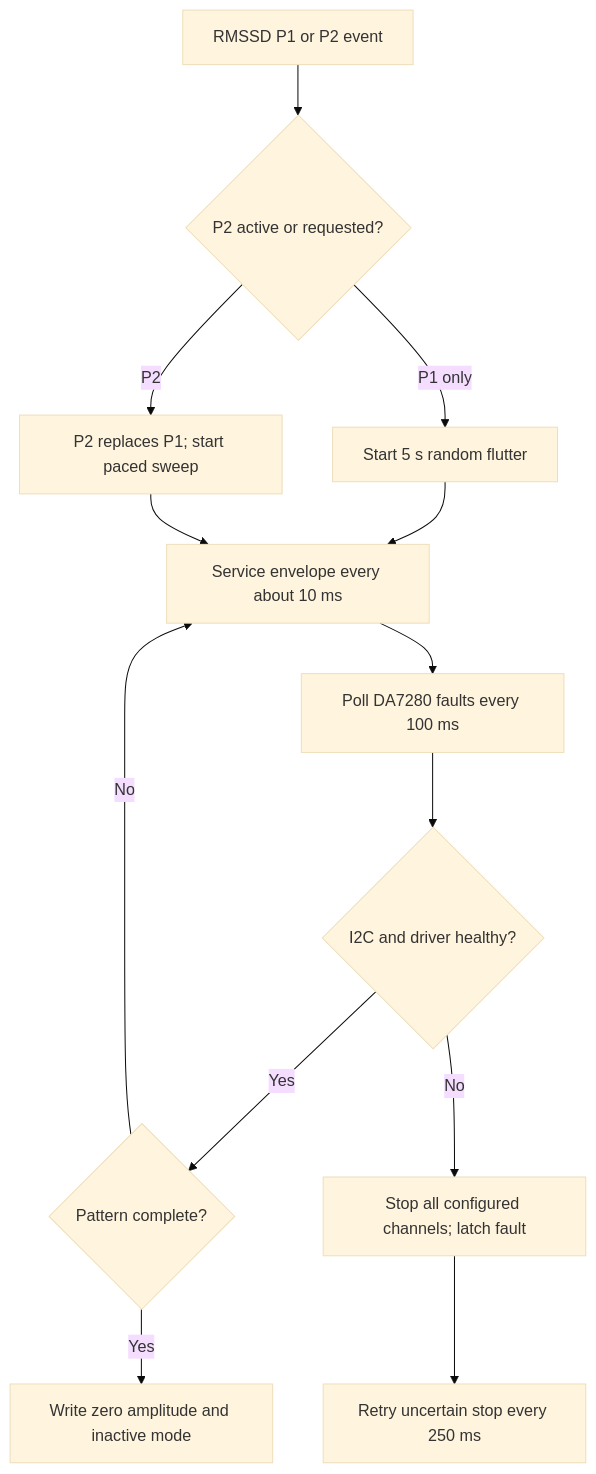
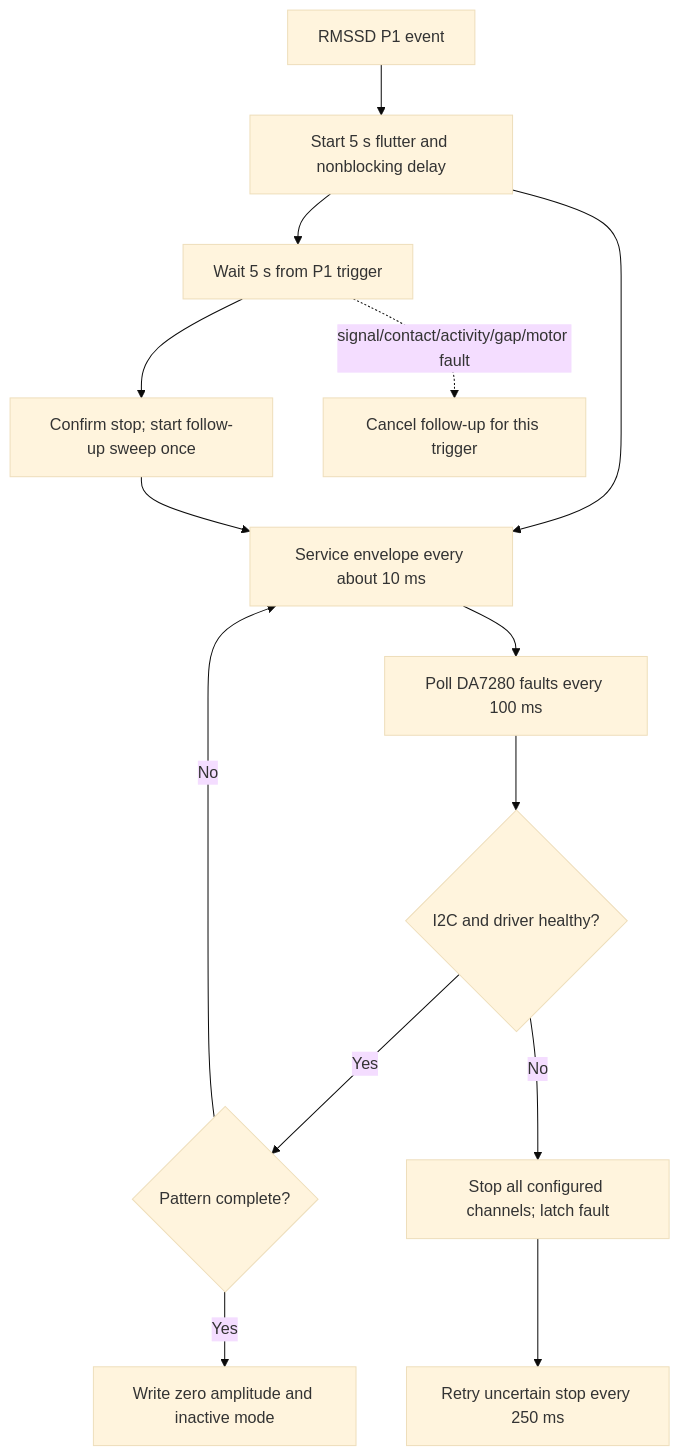
Before and after one commit to rohanbaichwal1-rgb/Sutra: the diagram in docs/haptic-protocols.md, drawn with Mermaid (base theme). The commit also changed other lines of this file and 21 other files, not shown here.

````diff
--- a/docs/haptic-protocols.md
+++ b/docs/haptic-protocols.md
@@ -98,15 +100,16 @@
 ```mermaid
 flowchart TD
-    Trigger[RMSSD P1 or P2 event] --> Priority{P2 active or requested?}
-    Priority -- P2 --> P2[P2 replaces P1; start paced sweep]
-    Priority -- P1 only --> P1[Start 5 s random flutter]
+    Trigger[RMSSD P1 event] --> P1[Start 5 s flutter and nonblocking delay]
+    P1 --> Delay[Wait 5 s from P1 trigger]
+    Delay --> Follow[Confirm stop; start follow-up sweep once]
+    Delay -. signal/contact/activity/gap/motor fault .-> Cancel[Cancel follow-up for this trigger]
     P1 --> Frame[Service envelope every about 10 ms]
-    P2 --> Frame
+    Follow --> Frame
     Frame --> Poll[Poll DA7280 faults every 100 ms]
     Poll --> OK{I2C and driver healthy?}
     OK -- Yes --> Done{Pattern complete?}
     Done -- No --> Frame
     Done -- Yes --> Stop[Write zero amplitude and inactive mode]
     OK -- No --> Fault[Stop all configured channels; latch fault]
     Fault --> Retry[Retry uncertain stop every 250 ms]
 ```
````
